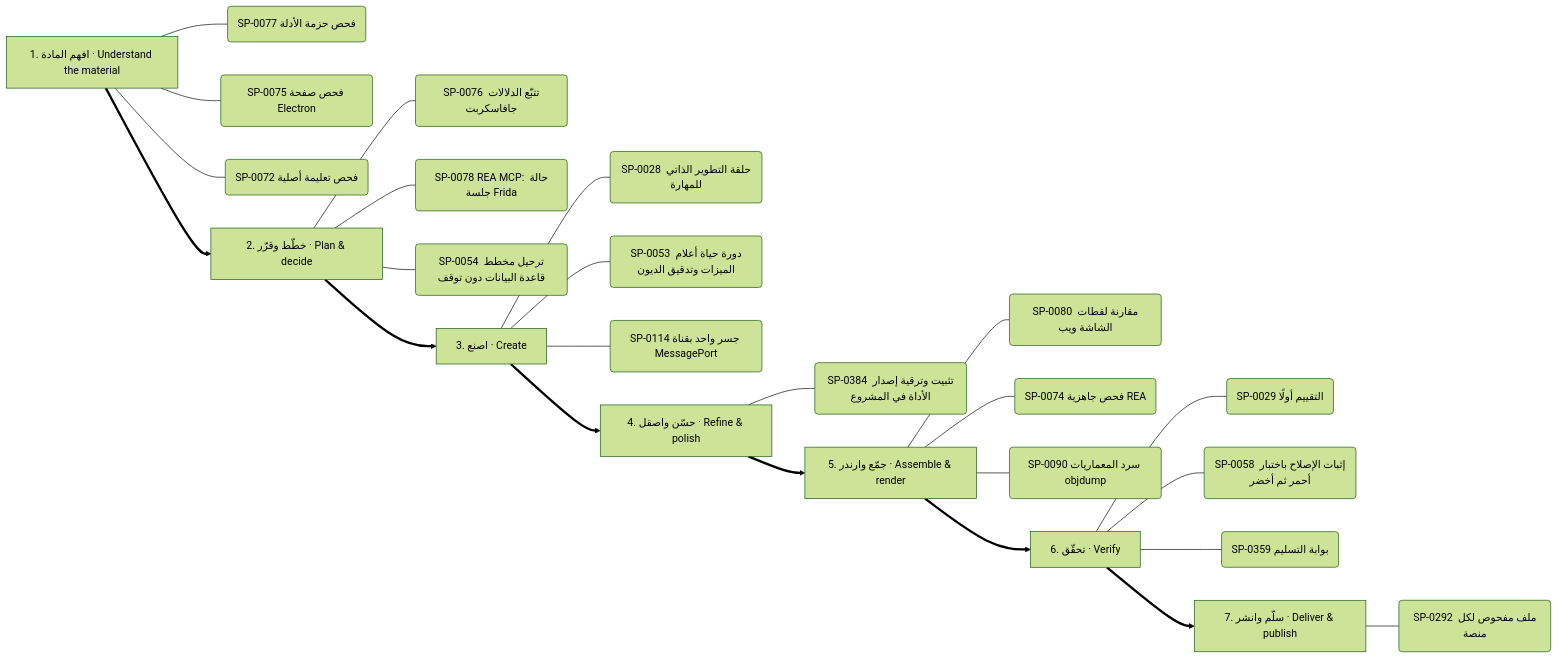
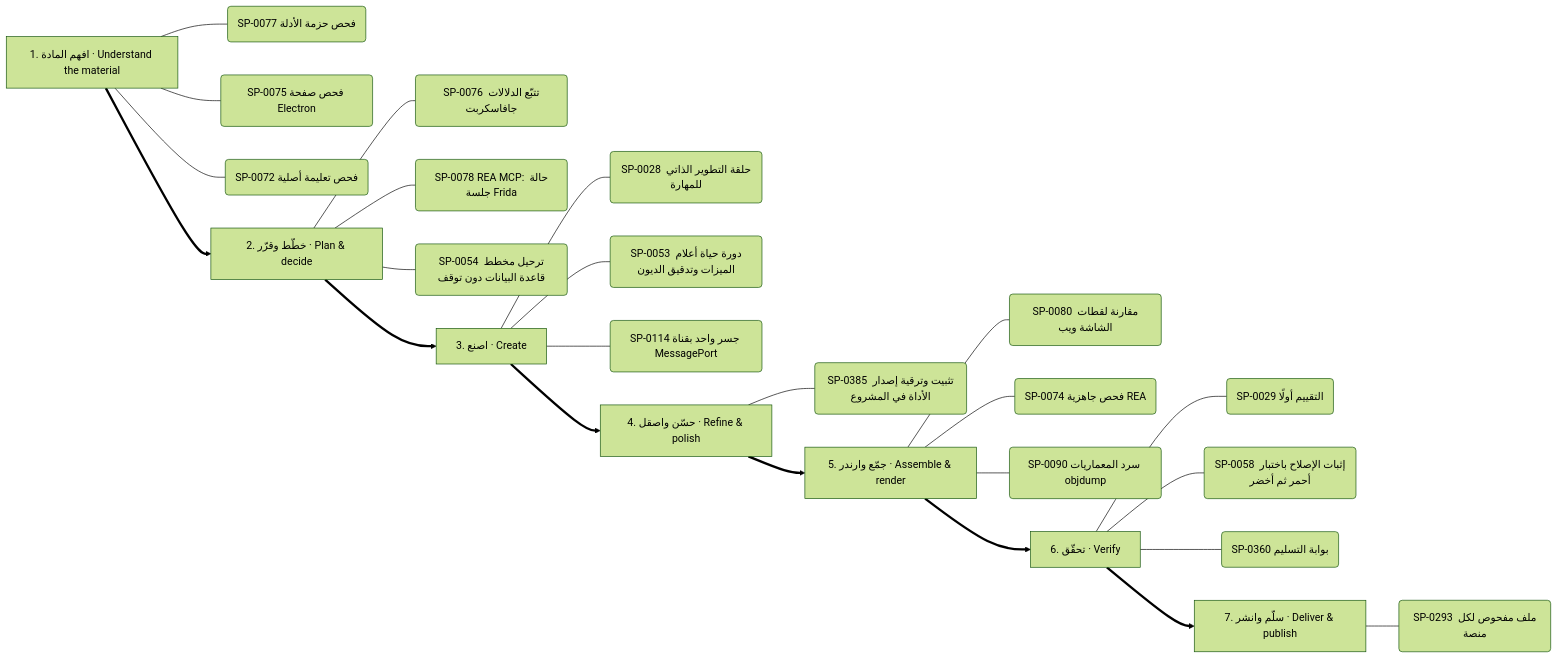
Diagram 11 of 13 in .claude/skills/kosif-superpowers/references/capability-mindmap.md (kosif199022-jpg/kosif-tool), drawn with Mermaid (forest theme) before and after one commit. The commit also changed other lines of this file and 65 other files, not shown here.

````diff
--- a/.claude/skills/kosif-superpowers/references/capability-mindmap.md
+++ b/.claude/skills/kosif-superpowers/references/capability-mindmap.md
@@ -551,33 +551,33 @@
 ```mermaid
 flowchart LR
   S0["1. افهم المادة · Understand the material"]
   S0 --- S0_0("SP-0077 فحص حزمة الأدلة")
   S0 --- S0_1("SP-0075 فحص صفحة Electron")
   S0 --- S0_2("SP-0072 فحص تعليمة أصلية")
   S1["2. خطّط وقرّر · Plan & decide"]
   S1 --- S1_0("SP-0076 تتبّع الدلالات جافاسكربت")
   S1 --- S1_1("SP-0078 REA MCP: حالة جلسة Frida")
   S1 --- S1_2("SP-0054 ترحيل مخطط قاعدة البيانات دون توقف")
   S0 ==> S1
   S2["3. اصنع · Create"]
   S2 --- S2_0("SP-0028 حلقة التطوير الذاتي للمهارة")
   S2 --- S2_1("SP-0053 دورة حياة أعلام الميزات وتدقيق الديون")
   S2 --- S2_2("SP-0114 جسر واحد بقناة MessagePort")
   S1 ==> S2
   S3["4. حسّن واصقل · Refine & polish"]
-  S3 --- S3_0("SP-0384 تثبيت وترقية إصدار الأداة في المشروع")
+  S3 --- S3_0("SP-0385 تثبيت وترقية إصدار الأداة في المشروع")
   S2 ==> S3
   S4["5. جمّع وارندر · Assemble & render"]
   S4 --- S4_0("SP-0080 مقارنة لقطات الشاشة ويب")
   S4 --- S4_1("SP-0074 فحص جاهزية REA")
   S4 --- S4_2("SP-0090 سرد المعماريات objdump")
   S3 ==> S4
   S5["6. تحقّق · Verify"]
   S5 --- S5_0("SP-0029 التقييم أولًا")
   S5 --- S5_1("SP-0058 إثبات الإصلاح باختبار أحمر ثم أخضر")
-  S5 --- S5_2("SP-0359 بوابة التسليم")
+  S5 --- S5_2("SP-0360 بوابة التسليم")
   S4 ==> S5
   S6["7. سلّم وانشر · Deliver & publish"]
-  S6 --- S6_0("SP-0292 ملف مفحوص لكل منصة")
+  S6 --- S6_0("SP-0293 ملف مفحوص لكل منصة")
   S5 ==> S6
 ```
````
